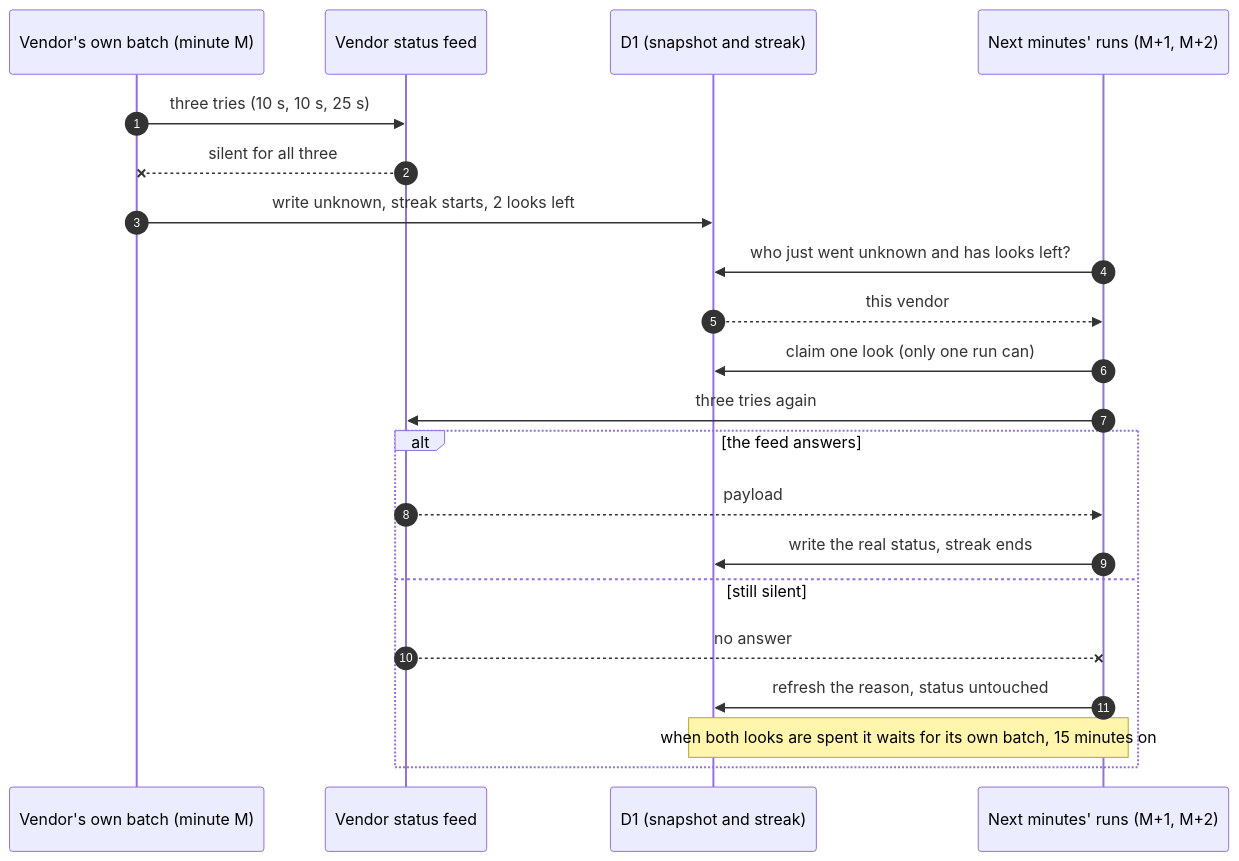
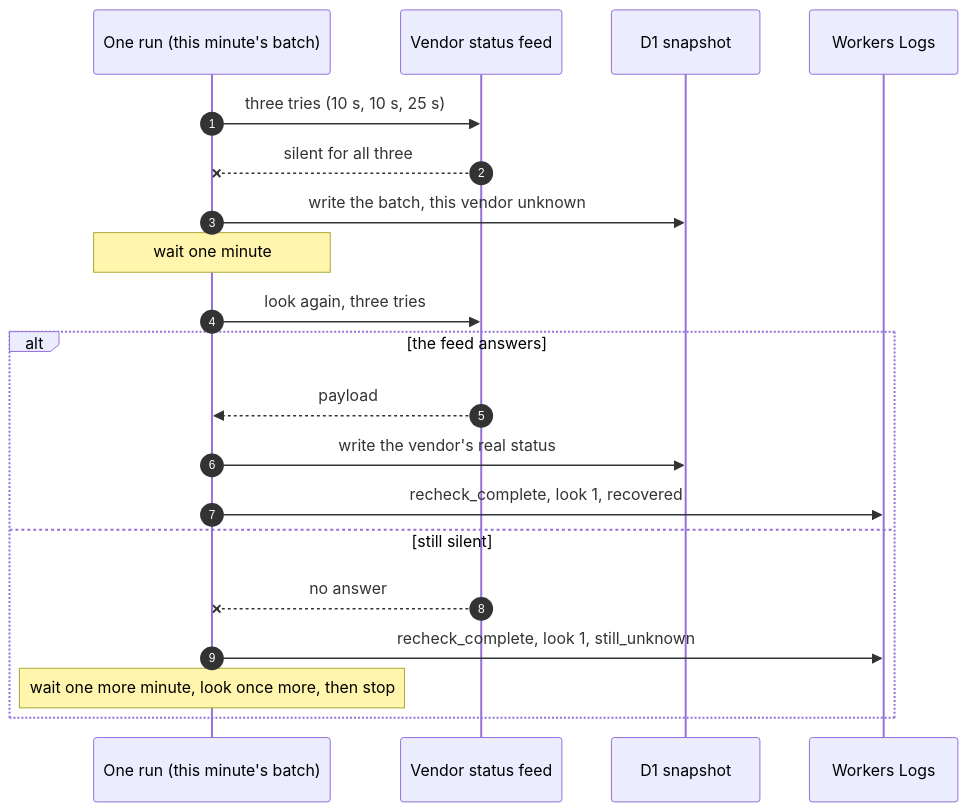
The third of 4 diagrams in README.md (bjgreenberg/vendor-dashboard), drawn with Mermaid before and after one commit. The commit also changed other lines of this file and 8 other files, not shown here.

````diff
--- a/README.md
+++ b/README.md
@@ -192,24 +193,23 @@
 ```mermaid
 sequenceDiagram
     autonumber
-    participant B as Vendor's own batch (minute M)
+    participant R as One run (this minute's batch)
     participant V as Vendor status feed
-    participant D as D1 (snapshot and streak)
-    participant N as Next minutes' runs (M+1, M+2)
+    participant D as D1 snapshot
+    participant L as Workers Logs
 
-    B->>V: three tries (10 s, 10 s, 25 s)
-    V--xB: silent for all three
-    B->>D: write unknown, streak starts, 2 looks left
-    N->>D: who just went unknown and has looks left?
-    D-->>N: this vendor
-    N->>D: claim one look (only one run can)
-    N->>V: three tries again
+    R->>V: three tries (10 s, 10 s, 25 s)
+    V--xR: silent for all three
+    R->>D: write the batch, this vendor unknown
+    Note over R: wait one minute
+    R->>V: look again, three tries
     alt the feed answers
-        V-->>N: payload
-        N->>D: write the real status, streak ends
+        V-->>R: payload
+        R->>D: write the vendor's real status
+        R->>L: recheck_complete, look 1, recovered
     else still silent
-        V--xN: no answer
-        N->>D: refresh the reason, status untouched
-        Note over N,D: when both looks are spent it waits for its own batch, 15 minutes on
+        V--xR: no answer
+        R->>L: recheck_complete, look 1, still_unknown
+        Note over R: wait one more minute, look once more, then stop
     end
 ```
````
